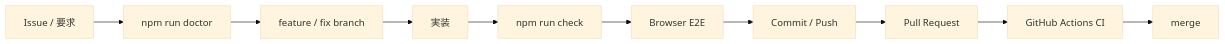
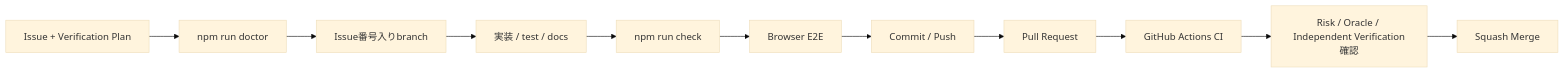
One commit to k-systems202208/nextjs-supabase-vercel-webapp-template changed the first of 4 diagrams in docs/DEVELOPMENT.md. Above: the diagram before and after it, drawn with Mermaid (base theme). The commit also changed other lines of this file and 6 other files, not shown here.

````diff
--- a/docs/DEVELOPMENT.md
+++ b/docs/DEVELOPMENT.md
@@ -32,12 +32,13 @@
 ```mermaid
 flowchart LR
-    A["Issue / 要求"] --> D["npm run doctor"]
-    D --> B["feature / fix branch"]
-    B --> C["実装"]
+    A["Issue + Verification Plan"] --> D["npm run doctor"]
+    D --> B["Issue番号入りbranch"]
+    B --> C["実装 / test / docs"]
     C --> Q["npm run check"]
     Q --> E2E["Browser E2E"]
     E2E --> E["Commit / Push"]
     E --> F["Pull Request"]
     F --> G["GitHub Actions CI"]
-    G --> H["merge"]
+    G --> V["Risk / Oracle / Independent Verification確認"]
+    V --> H["Squash Merge"]
 ```
````
